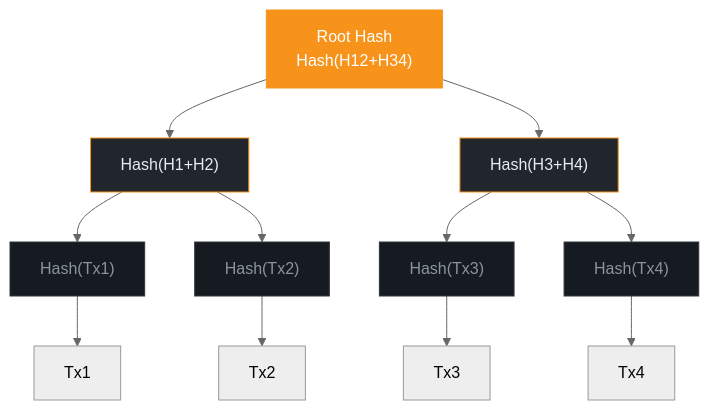
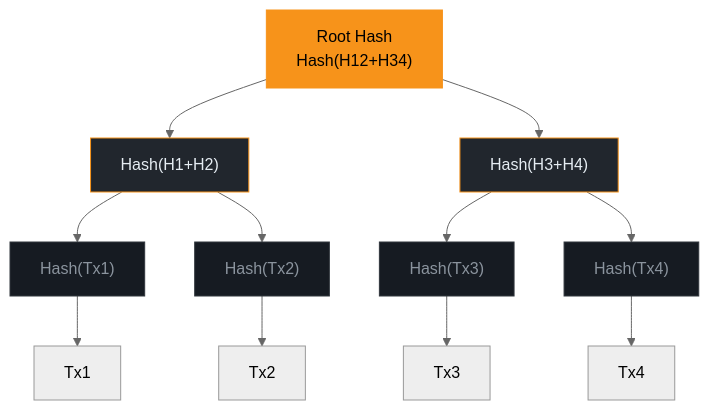
Before and after one commit to bc1qwerty/learn.txid.uk: the diagram in content/en/ideas/merkle-tree.md, drawn with Mermaid (neutral theme). The commit also changed 50 other files, not shown here.

First line of the commit message:
Mermaid 다이어그램 텍스트 대비 개선: color:#fff → color:#000

```diff
--- a/content/en/ideas/merkle-tree.md
+++ b/content/en/ideas/merkle-tree.md
@@ -24,31 +24,31 @@
 {{< mermaid >}}
 graph TD
     ROOT["Root Hash<br/>Hash(H12+H34)"]
     H12["Hash(H1+H2)"]
     H34["Hash(H3+H4)"]
     H1["Hash(Tx1)"]
     H2["Hash(Tx2)"]
     H3["Hash(Tx3)"]
     H4["Hash(Tx4)"]
     TX1["Tx1"]
     TX2["Tx2"]
     TX3["Tx3"]
     TX4["Tx4"]
     ROOT --> H12
     ROOT --> H34
     H12 --> H1
     H12 --> H2
     H34 --> H3
     H34 --> H4
     H1 --> TX1
     H2 --> TX2
     H3 --> TX3
     H4 --> TX4
-    style ROOT fill:#f7931a,stroke:#f7931a,color:#fff
+    style ROOT fill:#f7931a,stroke:#f7931a,color:#000
     style H12 fill:#21262d,stroke:#f7931a,color:#e6edf3
     style H34 fill:#21262d,stroke:#f7931a,color:#e6edf3
     style H1 fill:#161b22,stroke:#30363d,color:#8b949e
     style H2 fill:#161b22,stroke:#30363d,color:#8b949e
     style H3 fill:#161b22,stroke:#30363d,color:#8b949e
     style H4 fill:#161b22,stroke:#30363d,color:#8b949e
 {{< /mermaid >}}
```
